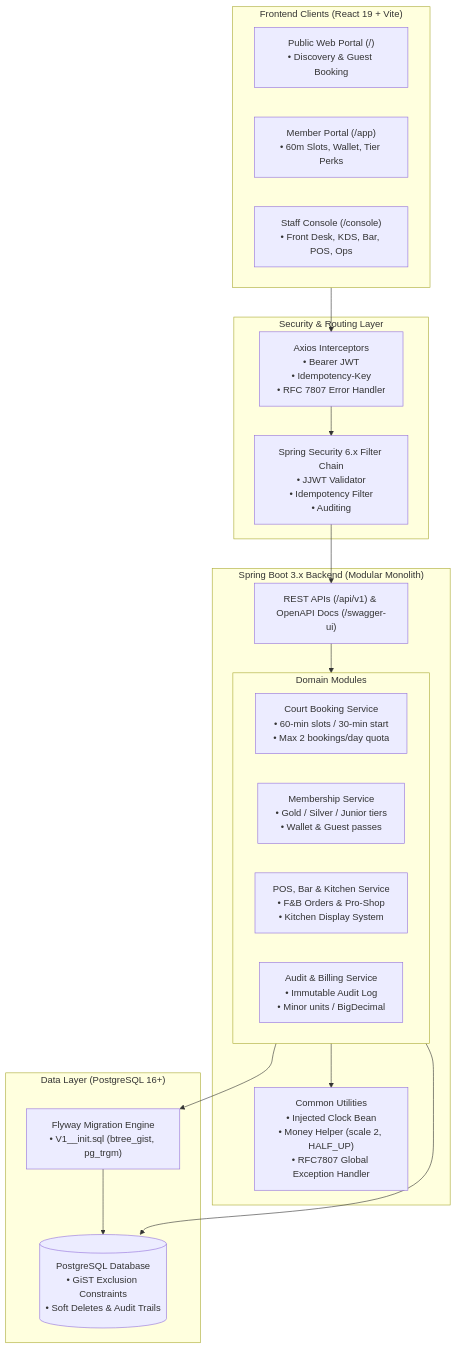
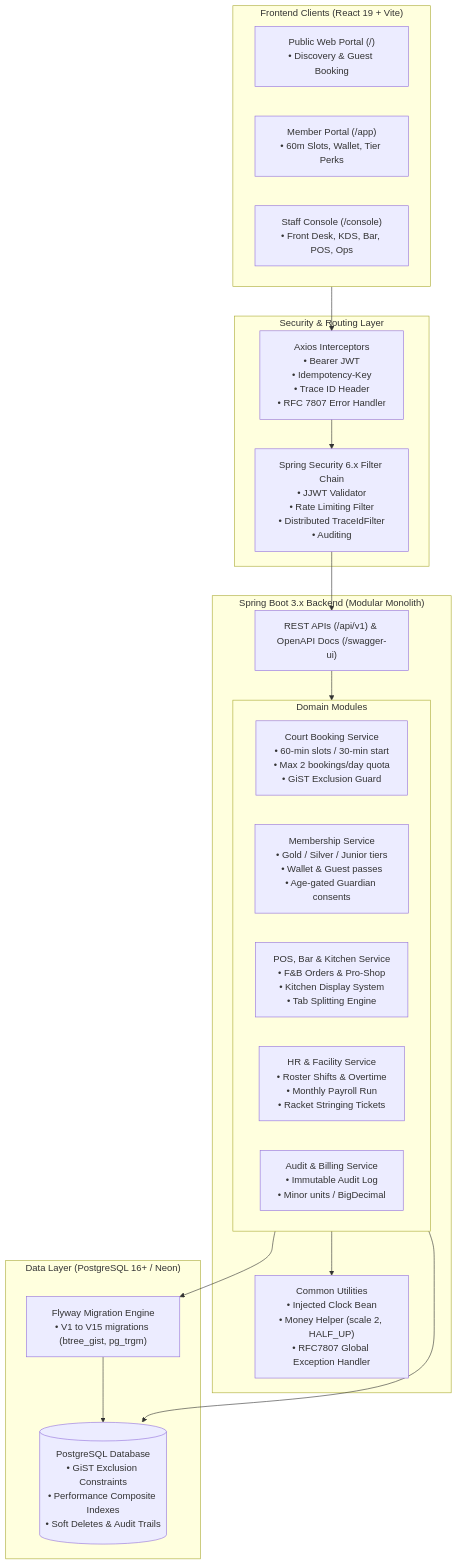
The first of 2 diagrams in README.md (KavyaDesai18/champions-club-management-system), drawn with Mermaid before and after one commit. The commit also changed other lines of this file and 24 other files, not shown here.

Commit message:
feat(hardening): implement Prompt 15 final hardening, security review, indexes, E2E suite, seed data, and deployment docs

````diff
--- a/README.md
+++ b/README.md
@@ -16,40 +16,41 @@
 ```mermaid
 flowchart TD
     subgraph Clients["Frontend Clients (React 19 + Vite)"]
         PublicApp["Public Web Portal (/)<br/>• Discovery & Guest Booking"]
         MemberApp["Member Portal (/app)<br/>• 60m Slots, Wallet, Tier Perks"]
         StaffConsole["Staff Console (/console)<br/>• Front Desk, KDS, Bar, POS, Ops"]
     end
 
     subgraph GatewaySec["Security & Routing Layer"]
-        AxiosClient["Axios Interceptors<br/>• Bearer JWT<br/>• Idempotency-Key<br/>• RFC 7807 Error Handler"]
-        SpringSec["Spring Security 6.x Filter Chain<br/>• JJWT Validator<br/>• Idempotency Filter<br/>• Auditing"]
+        AxiosClient["Axios Interceptors<br/>• Bearer JWT<br/>• Idempotency-Key<br/>• Trace ID Header<br/>• RFC 7807 Error Handler"]
+        SpringSec["Spring Security 6.x Filter Chain<br/>• JJWT Validator<br/>• Rate Limiting Filter<br/>• Distributed TraceIdFilter<br/>• Auditing"]
     end
 
     subgraph Backend["Spring Boot 3.x Backend (Modular Monolith)"]
         CoreAPI["REST APIs (/api/v1) & OpenAPI Docs (/swagger-ui)"]
         
         subgraph Modules["Domain Modules"]
-            CourtMod["Court Booking Service<br/>• 60-min slots / 30-min start<br/>• Max 2 bookings/day quota"]
-            MemberMod["Membership Service<br/>• Gold / Silver / Junior tiers<br/>• Wallet & Guest passes"]
-            POSMod["POS, Bar & Kitchen Service<br/>• F&B Orders & Pro-Shop<br/>• Kitchen Display System"]
+            CourtMod["Court Booking Service<br/>• 60-min slots / 30-min start<br/>• Max 2 bookings/day quota<br/>• GiST Exclusion Guard"]
+            MemberMod["Membership Service<br/>• Gold / Silver / Junior tiers<br/>• Wallet & Guest passes<br/>• Age-gated Guardian consents"]
+            POSMod["POS, Bar & Kitchen Service<br/>• F&B Orders & Pro-Shop<br/>• Kitchen Display System<br/>• Tab Splitting Engine"]
+            OpsMod["HR & Facility Service<br/>• Roster Shifts & Overtime<br/>• Monthly Payroll Run<br/>• Racket Stringing Tickets"]
             AuditMod["Audit & Billing Service<br/>• Immutable Audit Log<br/>• Minor units / BigDecimal"]
         end
         
         CommonLayer["Common Utilities<br/>• Injected Clock Bean<br/>• Money Helper (scale 2, HALF_UP)<br/>• RFC7807 Global Exception Handler"]
     end
 
-    subgraph Database["Data Layer (PostgreSQL 16+)"]
-        Flyway["Flyway Migration Engine<br/>• V1__init.sql (btree_gist, pg_trgm)"]
-        DBStore[("PostgreSQL Database<br/>• GiST Exclusion Constraints<br/>• Soft Deletes & Audit Trails")]
+    subgraph Database["Data Layer (PostgreSQL 16+ / Neon)"]
+        Flyway["Flyway Migration Engine<br/>• V1 to V15 migrations (btree_gist, pg_trgm)"]
+        DBStore[("PostgreSQL Database<br/>• GiST Exclusion Constraints<br/>• Performance Composite Indexes<br/>• Soft Deletes & Audit Trails")]
     end
 
     Clients --> AxiosClient
     AxiosClient --> SpringSec
     SpringSec --> CoreAPI
     CoreAPI --> Modules
     Modules --> CommonLayer
     Modules --> Flyway
     Flyway --> DBStore
     Modules --> DBStore
 ```
````
